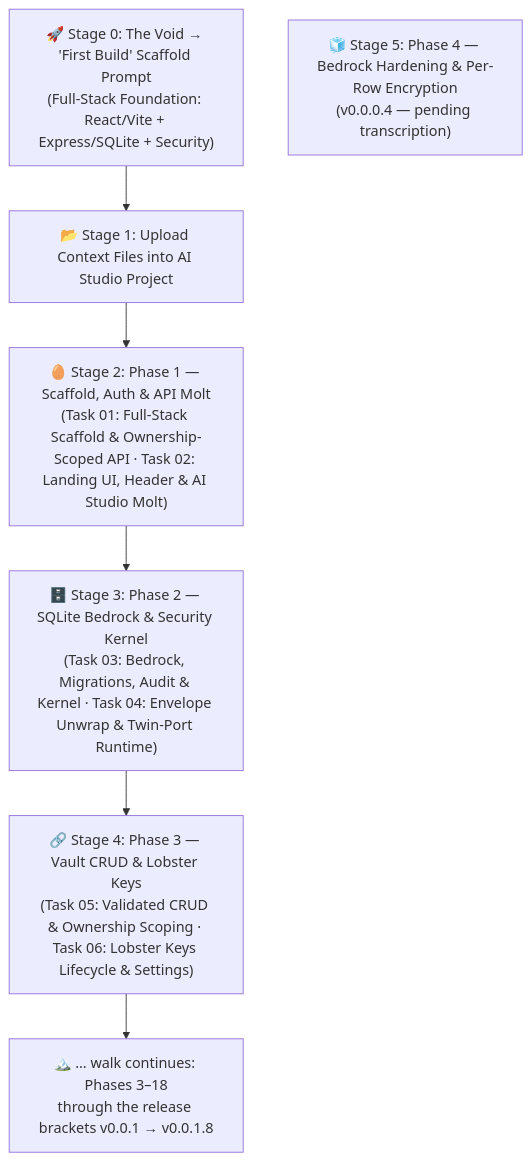
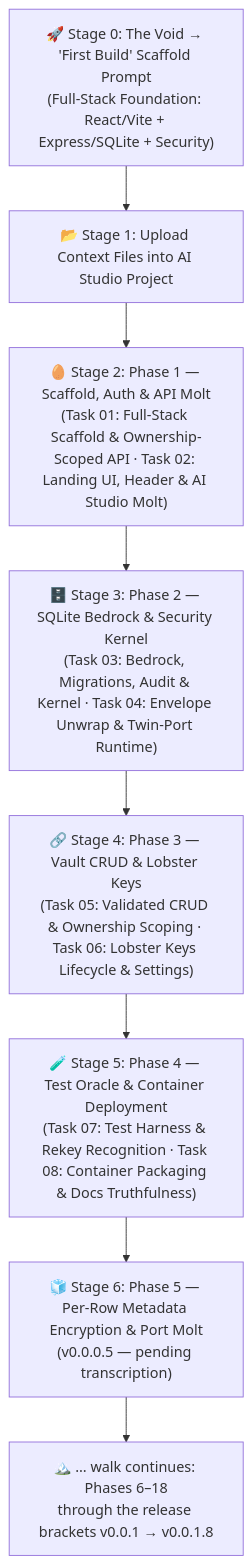
Before and after one commit to ClawStackStudios/ShellGuard: the diagram in project/meta-prompt-ai-studio.md, drawn with Mermaid. The commit also changed other lines of this file and 2 other files, not shown here.

First line of the commit message:
docs: transcribe Phase 4 - Test Oracle, Container Deployment & License

````diff
--- a/project/meta-prompt-ai-studio.md
+++ b/project/meta-prompt-ai-studio.md
@@ -16,16 +16,19 @@
 ```mermaid
 flowchart TD
     Step0["🚀 Stage 0: The Void → 'First Build' Scaffold Prompt<br/>(Full-Stack Foundation: React/Vite + Express/SQLite + Security)"]
     UploadContext["📂 Stage 1: Upload Context Files into AI Studio Project"]
     Phase1["🥚 Stage 2: Phase 1 — Scaffold, Auth & API Molt<br/>(Task 01: Full-Stack Scaffold & Ownership-Scoped API · Task 02: Landing UI, Header & AI Studio Molt)"]
     Phase2["🗄️ Stage 3: Phase 2 — SQLite Bedrock & Security Kernel<br/>(Task 03: Bedrock, Migrations, Audit & Kernel · Task 04: Envelope Unwrap & Twin-Port Runtime)"]
     Phase3["🔗 Stage 4: Phase 3 — Vault CRUD & Lobster Keys<br/>(Task 05: Validated CRUD & Ownership Scoping · Task 06: Lobster Keys Lifecycle & Settings)"]
-    Phase4["🧊 Stage 5: Phase 4 — Bedrock Hardening & Per-Row Encryption<br/>(v0.0.0.4 — pending transcription)"]
-    Summit["🏔️ … walk continues: Phases 3–18<br/>through the release brackets v0.0.1 → v0.0.1.8"]
+    Phase4["🧪 Stage 5: Phase 4 — Test Oracle & Container Deployment<br/>(Task 07: Test Harness & Rekey Recognition · Task 08: Container Packaging & Docs Truthfulness)"]
+    Phase5["🧊 Stage 6: Phase 5 — Per-Row Metadata Encryption & Port Molt<br/>(v0.0.0.5 — pending transcription)"]
+    Summit["🏔️ … walk continues: Phases 6–18<br/>through the release brackets v0.0.1 → v0.0.1.8"]
 
     Step0 --> UploadContext
     UploadContext --> Phase1
     Phase1 --> Phase2
     Phase2 --> Phase3
-    Phase3 --> Summit
+    Phase3 --> Phase4
+    Phase4 --> Phase5
+    Phase5 --> Summit
 ```
````
